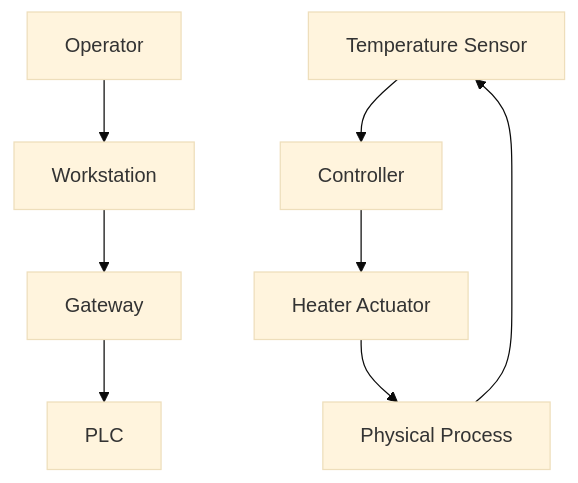
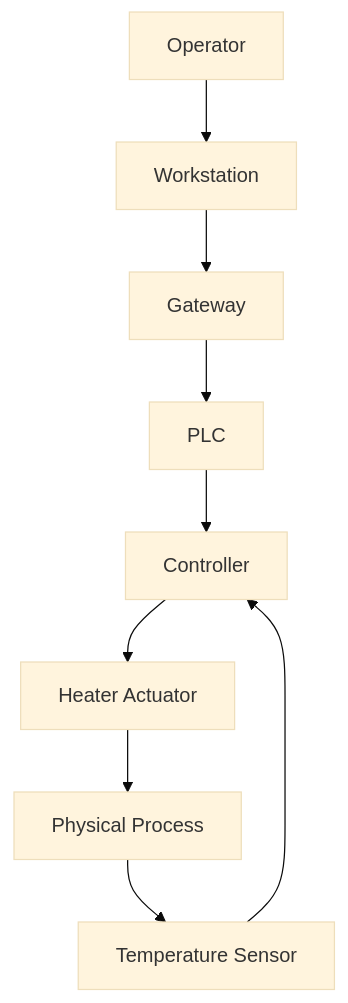
One commit to Anushree401/DT-CyberTwin changed the first of 2 diagrams in README.md. Above: the diagram before and after it, drawn with Mermaid (base theme). The commit also changed other lines of this file and 102 other files, not shown here.

````diff
--- a/README.md
+++ b/README.md
@@ -286,21 +9,7 @@
 ```mermaid
-graph TD
-
-    USER[Operator]
-    PC[Workstation]
-    GW[Gateway]
-    PLC[PLC]
-    SENSOR[Temperature Sensor]
-    CTRL[Controller]
-    ACT[Heater Actuator]
-    PROC[Physical Process]
-
-    USER --> PC
-    PC --> GW
-    GW --> PLC
-
-    SENSOR --> CTRL
-    CTRL --> ACT
-    ACT --> PROC
-    PROC --> SENSOR
+flowchart TD
+    A[Operator] --> B[Workstation] --> C[Gateway] --> D[PLC]
+    E[Physical Process] --> F[Temperature Sensor] --> G[Controller]
+    G --> H[Heater Actuator] --> E
+    D --> G
 ```
````
